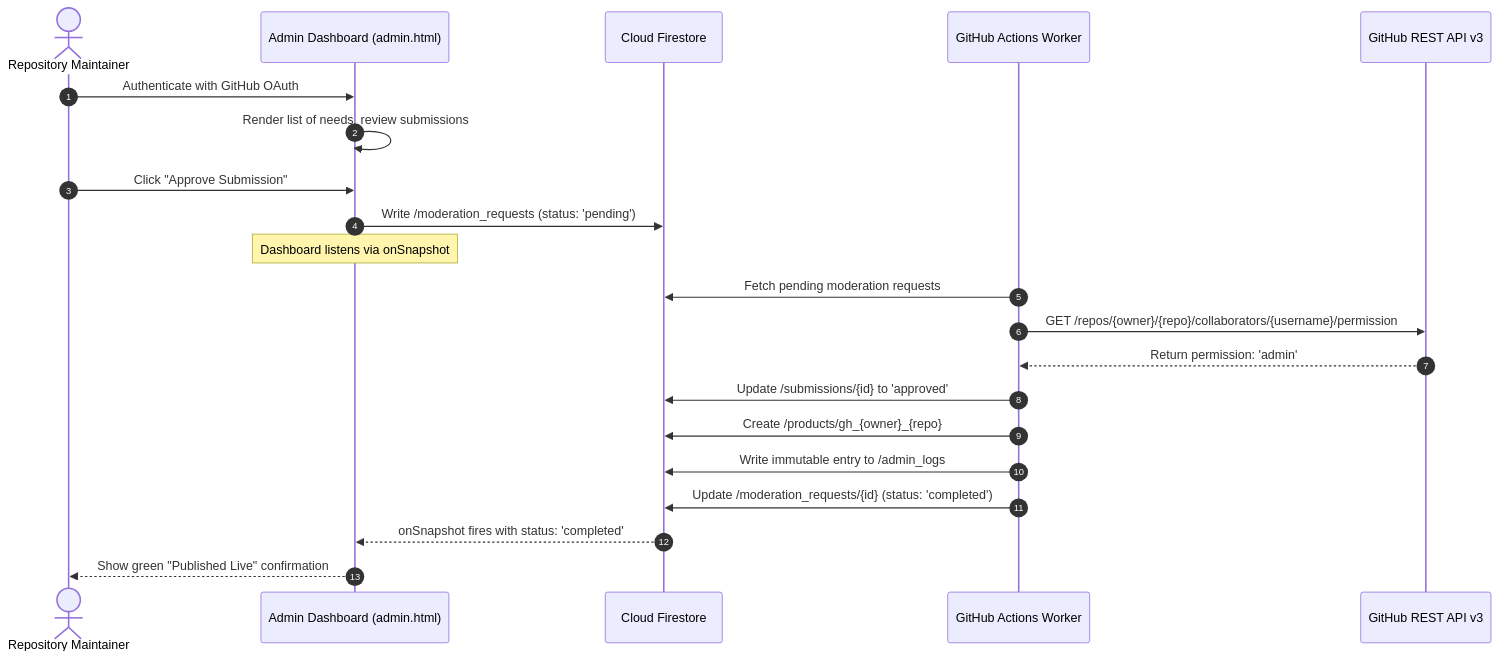
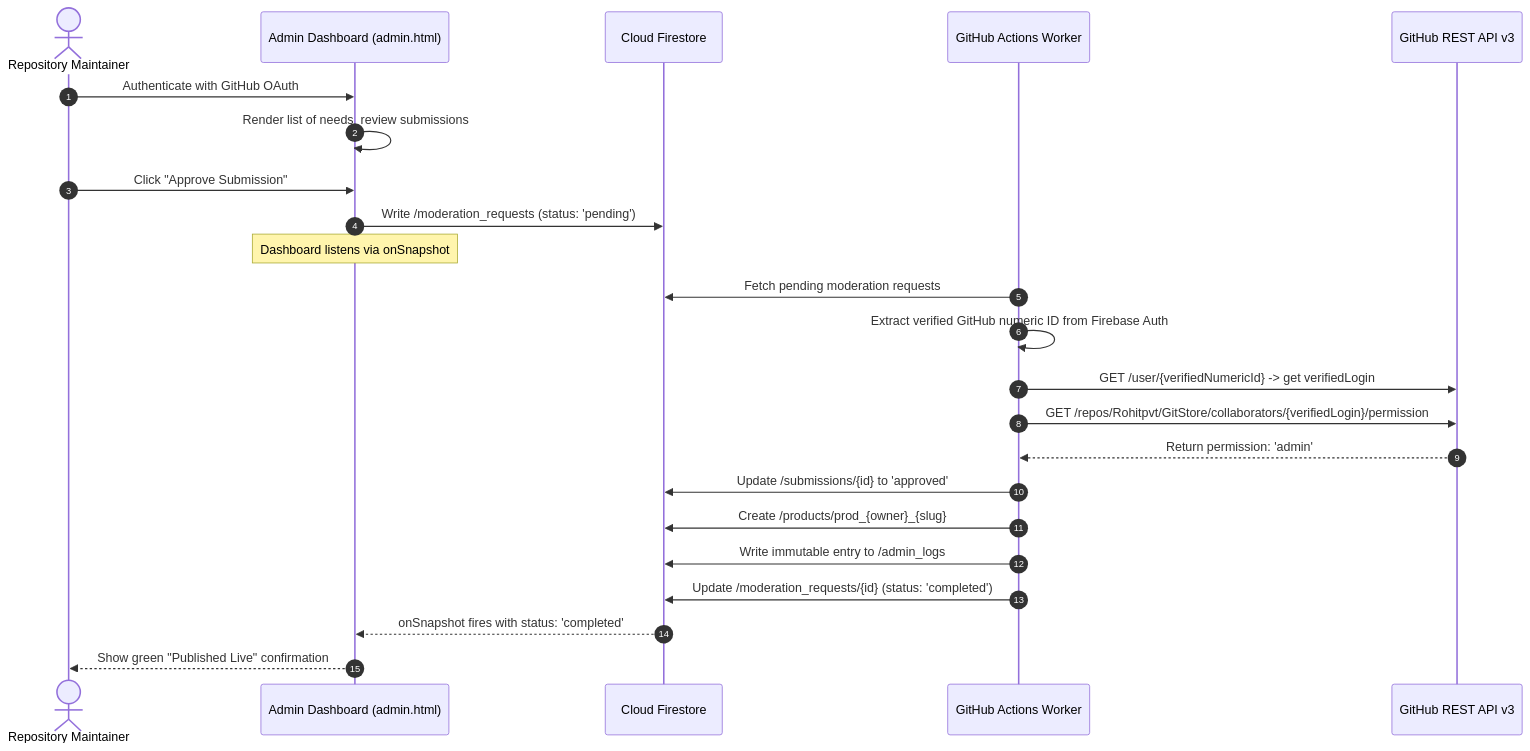
The fourth of 4 diagrams in docs/SDD.md (Rohitpvt/GitStore), drawn with Mermaid before and after one commit. The commit also changed other lines of this file and 13 other files, not shown here.

First line of the commit message:
docs(phase-0.1.1): resolve critical architectural corrections

````diff
--- a/docs/SDD.md
+++ b/docs/SDD.md
@@ -161,24 +163,26 @@
 ```mermaid
 sequenceDiagram
     autonumber
     actor Admin as Repository Maintainer
     participant Dashboard as Admin Dashboard (admin.html)
     participant FS as Cloud Firestore
     participant Actions as GitHub Actions Worker
     participant GH as GitHub REST API v3
 
     Admin->>Dashboard: Authenticate with GitHub OAuth
     Dashboard->>Dashboard: Render list of needs_review submissions
     Admin->>Dashboard: Click "Approve Submission"
     Dashboard->>FS: Write /moderation_requests (status: 'pending')
     Note over Dashboard: Dashboard listens via onSnapshot
     Actions->>FS: Fetch pending moderation requests
-    Actions->>GH: GET /repos/{owner}/{repo}/collaborators/{username}/permission
+    Actions->>Actions: Extract verified GitHub numeric ID from Firebase Auth
+    Actions->>GH: GET /user/{verifiedNumericId} -> get verifiedLogin
+    Actions->>GH: GET /repos/Rohitpvt/GitStore/collaborators/{verifiedLogin}/permission
     GH-->>Actions: Return permission: 'admin'
     Actions->>FS: Update /submissions/{id} to 'approved'
-    Actions->>FS: Create /products/gh_{owner}_{repo}
+    Actions->>FS: Create /products/prod_{owner}_{slug}
     Actions->>FS: Write immutable entry to /admin_logs
     Actions->>FS: Update /moderation_requests/{id} (status: 'completed')
     FS-->>Dashboard: onSnapshot fires with status: 'completed'
     Dashboard-->>Admin: Show green "Published Live" confirmation
 ```
````
